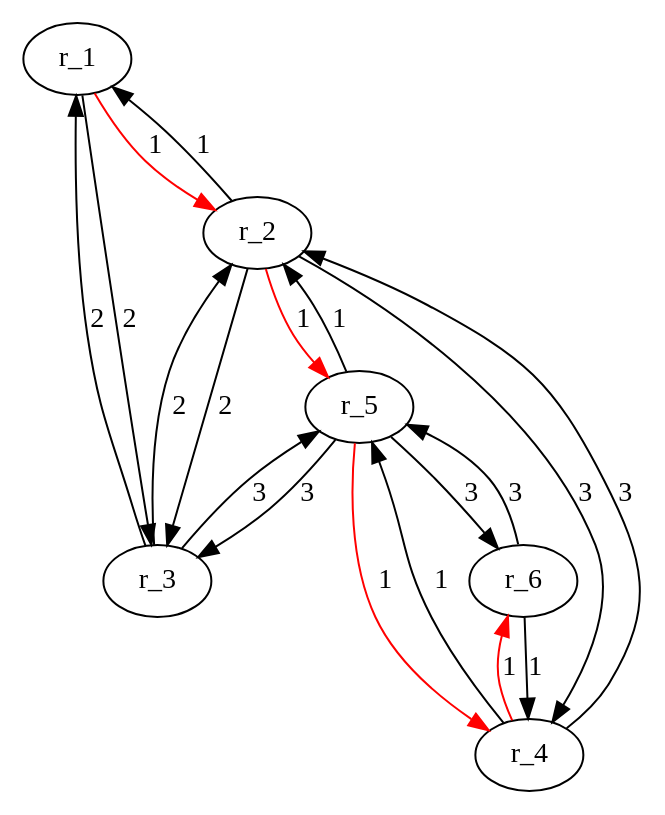
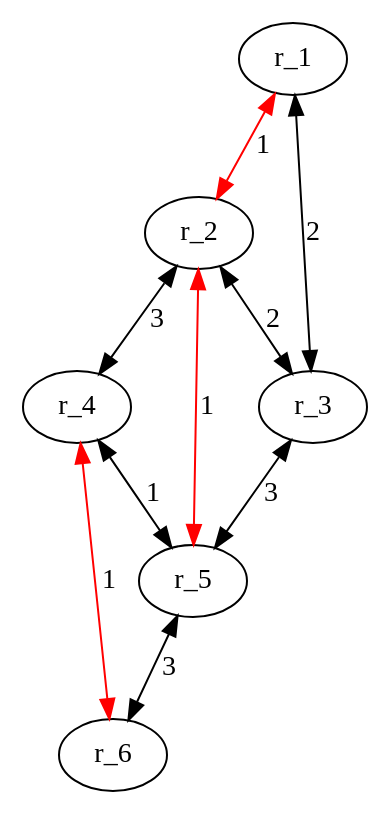
The diagram in src/network.dot (MassiGy/Network-routing-overview), drawn with Graphviz before and after one commit. The commit also changed 1 other file, not shown here.

```diff
--- a/src/network.dot
+++ b/src/network.dot
@@ -1,20 +1,11 @@
 digraph network {
-	r_1->r_2[label ="1"][color ="red"];
-	r_1->r_3[label ="2"];
-	r_2->r_1[label ="1"];
-	r_2->r_3[label ="2"];
-	r_2->r_4[label ="3"];
-	r_2->r_5[label ="1"][color ="red"];
-	r_3->r_1[label ="2"];
-	r_3->r_2[label ="2"];
-	r_3->r_5[label ="3"];
-	r_4->r_2[label ="3"];
-	r_4->r_5[label ="1"];
-	r_4->r_6[label ="1"][color ="red"];
-	r_5->r_2[label ="1"];
-	r_5->r_3[label ="3"];
-	r_5->r_4[label ="1"][color ="red"];
-	r_5->r_6[label ="3"];
-	r_6->r_4[label ="1"];
-	r_6->r_5[label ="3"];
+	r_1->r_2 [dir =both] [label ="1"] [color ="red"];
+	r_1->r_3 [dir =both] [label ="2"];
+	r_2->r_3 [dir =both] [label ="2"];
+	r_2->r_4 [dir =both] [label ="3"];
+	r_2->r_5 [dir =both] [label ="1"] [color ="red"];
+	r_3->r_5 [dir =both] [label ="3"];
+	r_4->r_5 [dir =both] [label ="1"];
+	r_4->r_6 [dir =both] [label ="1"] [color ="red"];
+	r_5->r_6 [dir =both] [label ="3"];
 }
```
